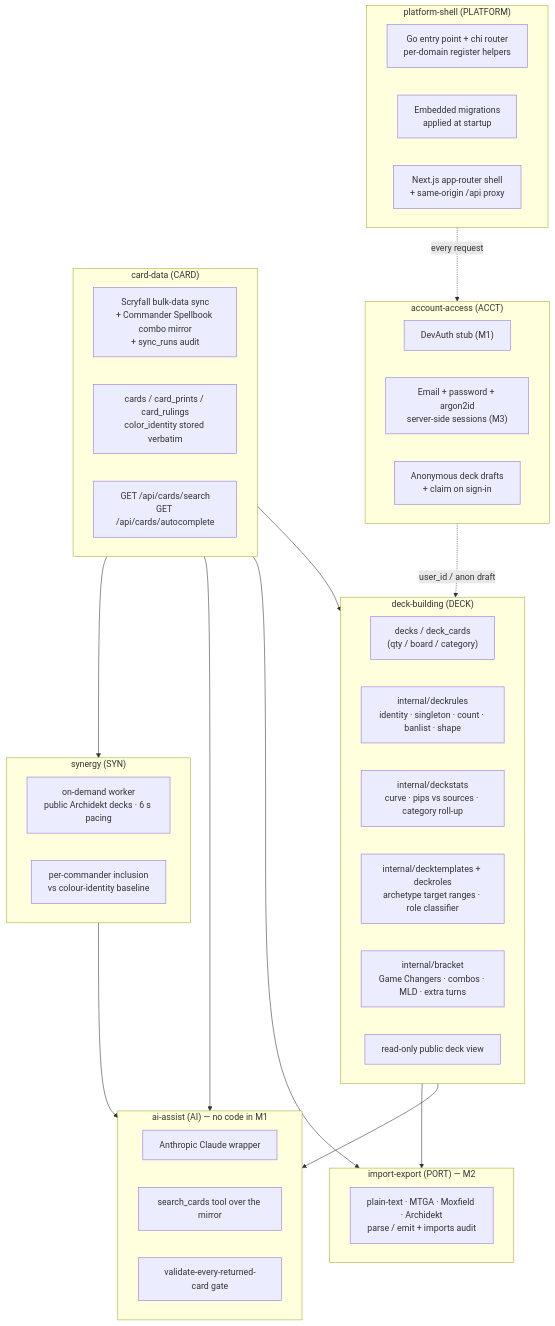
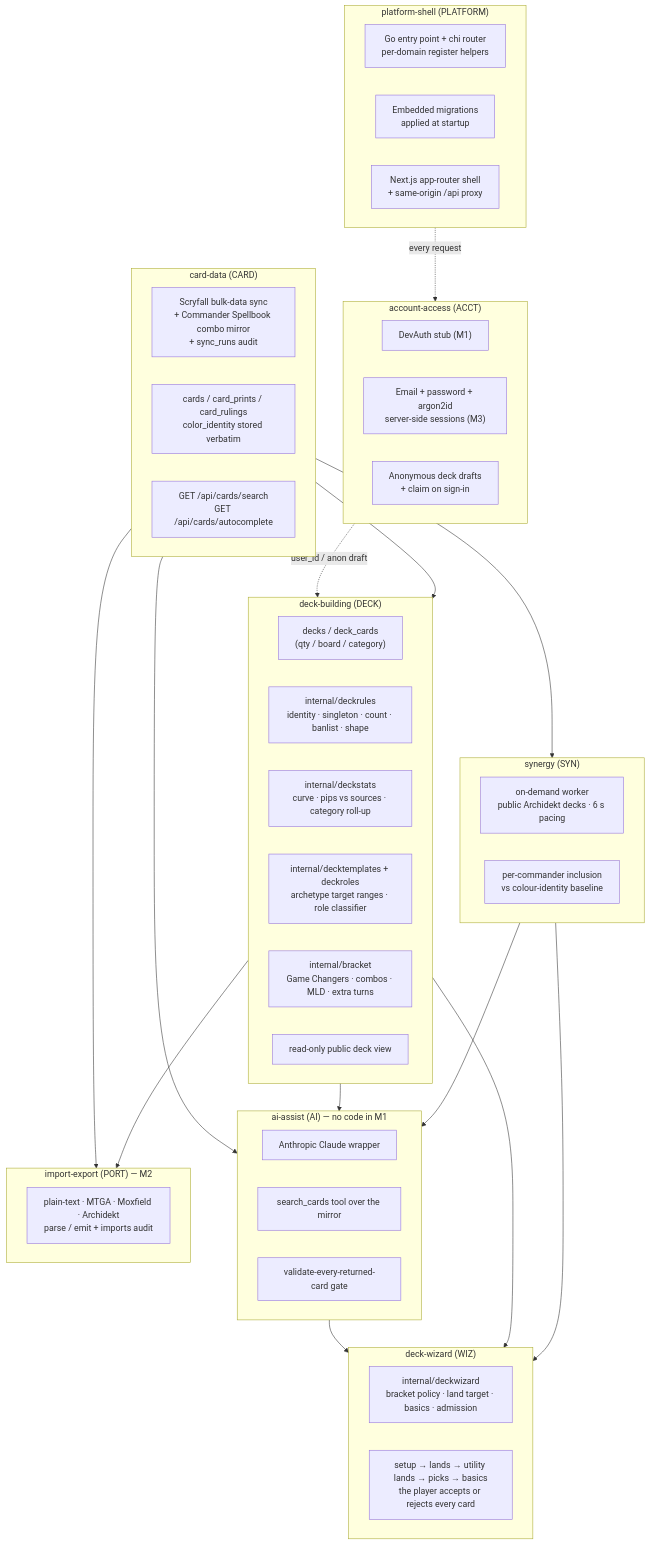
Before and after one commit to Sushi-Senpai/Manafold: the diagram in docs/high-level-design.md, drawn with Mermaid. The commit also changed other lines of this file and 14 other files, not shown here.

First line of the commit message:
docs(deck-wizard): intent docs and EARS specs for the interactive wizard

````diff
--- a/docs/high-level-design.md
+++ b/docs/high-level-design.md
@@ -134,55 +137,63 @@
 ```mermaid
 flowchart TB
     subgraph platform["platform-shell (PLATFORM)"]
         direction LR
         entry["Go entry point + chi router<br/>per-domain register helpers"]
         migrate["Embedded migrations<br/>applied at startup"]
         proxy["Next.js app-router shell<br/>+ same-origin /api proxy"]
     end
 
     subgraph access["account-access (ACCT)"]
         devauth["DevAuth stub (M1)"]
         login["Email + password + argon2id<br/>server-side sessions (M3)"]
         drafts["Anonymous deck drafts<br/>+ claim on sign-in"]
     end
 
     subgraph card["card-data (CARD)"]
         sync["Scryfall bulk-data sync<br/>+ Commander Spellbook combo mirror<br/>+ sync_runs audit"]
         mirror["cards / card_prints / card_rulings<br/>color_identity stored verbatim"]
         search["GET /api/cards/search<br/>GET /api/cards/autocomplete"]
     end
 
     subgraph deck["deck-building (DECK)"]
         decks["decks / deck_cards<br/>(qty / board / category)"]
         rules["internal/deckrules<br/>identity · singleton · count · banlist · shape"]
         stats["internal/deckstats<br/>curve · pips vs sources · category roll-up"]
         templates["internal/decktemplates + deckroles<br/>archetype target ranges · role classifier"]
         bracket["internal/bracket<br/>Game Changers · combos · MLD · extra turns"]
         share["read-only public deck view"]
     end
 
     subgraph ai["ai-assist (AI) — no code in M1"]
         client["Anthropic Claude wrapper"]
         tool["search_cards tool over the mirror"]
         gate["validate-every-returned-card gate"]
     end
 
     subgraph port["import-export (PORT) — M2"]
         parse["plain-text · MTGA · Moxfield · Archidekt<br/>parse / emit + imports audit"]
     end
 
     subgraph syn["synergy (SYN)"]
         crawl["on-demand worker<br/>public Archidekt decks · 6 s pacing"]
         aggs["per-commander inclusion<br/>vs colour-identity baseline"]
     end
 
+    subgraph wiz["deck-wizard (WIZ)"]
+        policy["internal/deckwizard<br/>bracket policy · land target · basics · admission"]
+        flow["setup → lands → utility lands → picks → basics<br/>the player accepts or rejects every card"]
+    end
+
     platform -. every request .-> access
     access -. user_id / anon draft .-> deck
     card --> deck
     card --> port
     card --> ai
     deck --> ai
     deck --> port
     card --> syn
     syn --> ai
+    ai --> wiz
+    deck --> wiz
+    syn --> wiz
 ```
````
